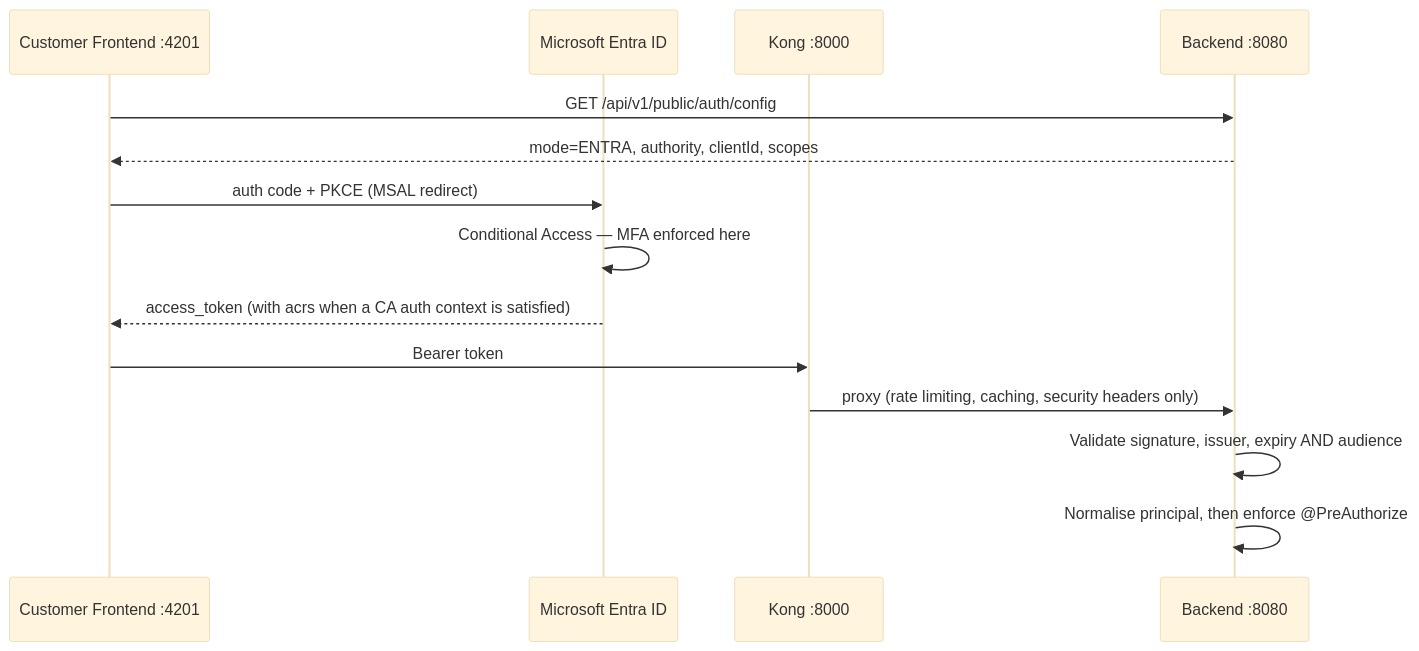
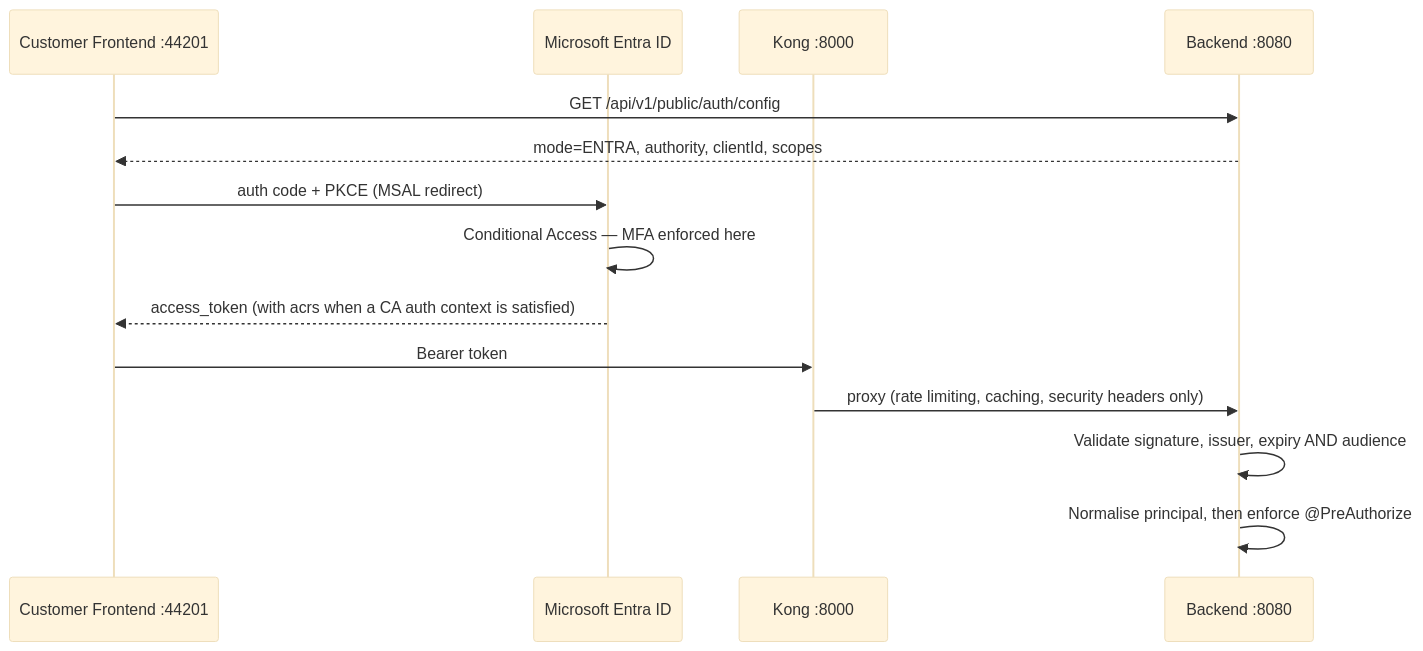
Before and after one commit to makibytes/registerwerk: the second of 2 diagrams in docs/platform/security.de.md, drawn with Mermaid (base theme). The commit also changed other lines of this file and 147 other files, not shown here.

````diff
--- a/docs/platform/security.de.md
+++ b/docs/platform/security.de.md
@@ -92,17 +92,17 @@
 ```mermaid
 sequenceDiagram
-    participant CustomerFE as Customer Frontend :4201
+    participant CustomerFE as Customer Frontend :44201
     participant Entra as Microsoft Entra ID
     participant Kong as Kong :8000
     participant Backend as Backend :8080
 
     CustomerFE->>Backend: GET /api/v1/public/auth/config
     Backend-->>CustomerFE: mode=ENTRA, authority, clientId, scopes
     CustomerFE->>Entra: auth code + PKCE (MSAL redirect)
     Entra->>Entra: Conditional Access — MFA enforced here
     Entra-->>CustomerFE: access_token (with acrs when a CA auth context is satisfied)
     CustomerFE->>Kong: Bearer token
     Kong->>Backend: proxy (rate limiting, caching, security headers only)
     Backend->>Backend: Validate signature, issuer, expiry AND audience
     Backend->>Backend: Normalise principal, then enforce @PreAuthorize
 ```
````
